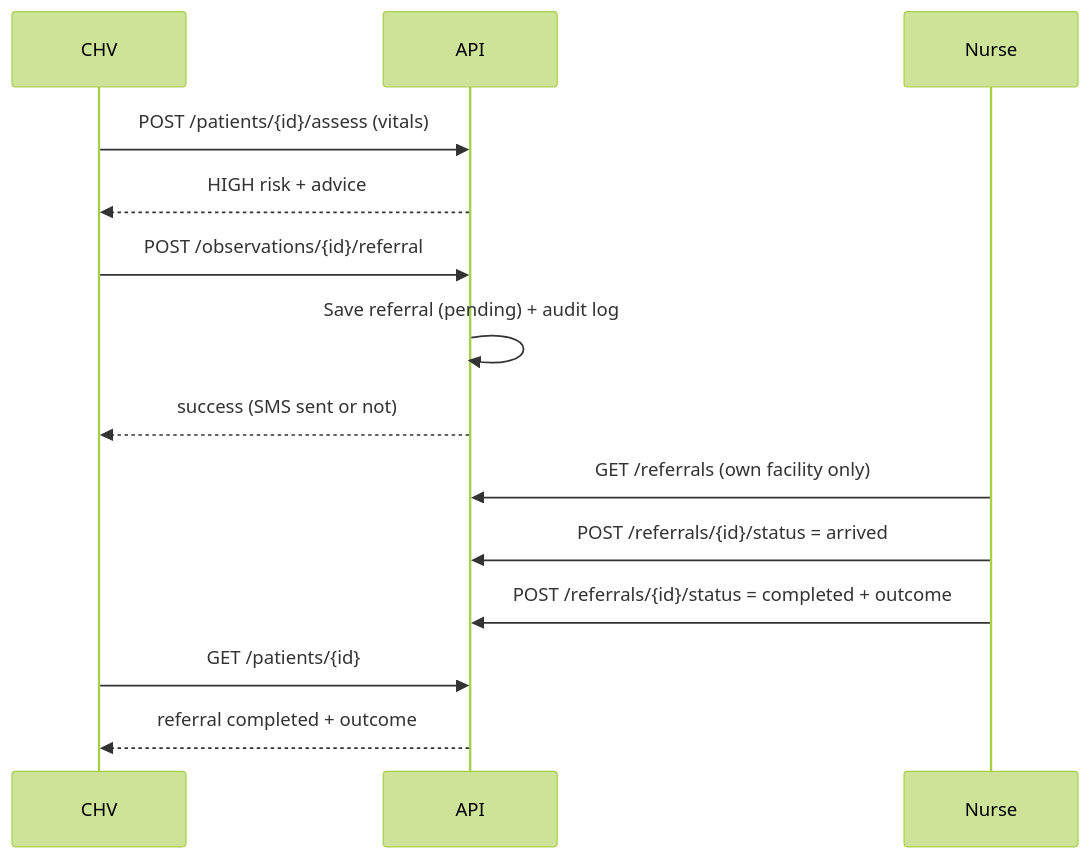
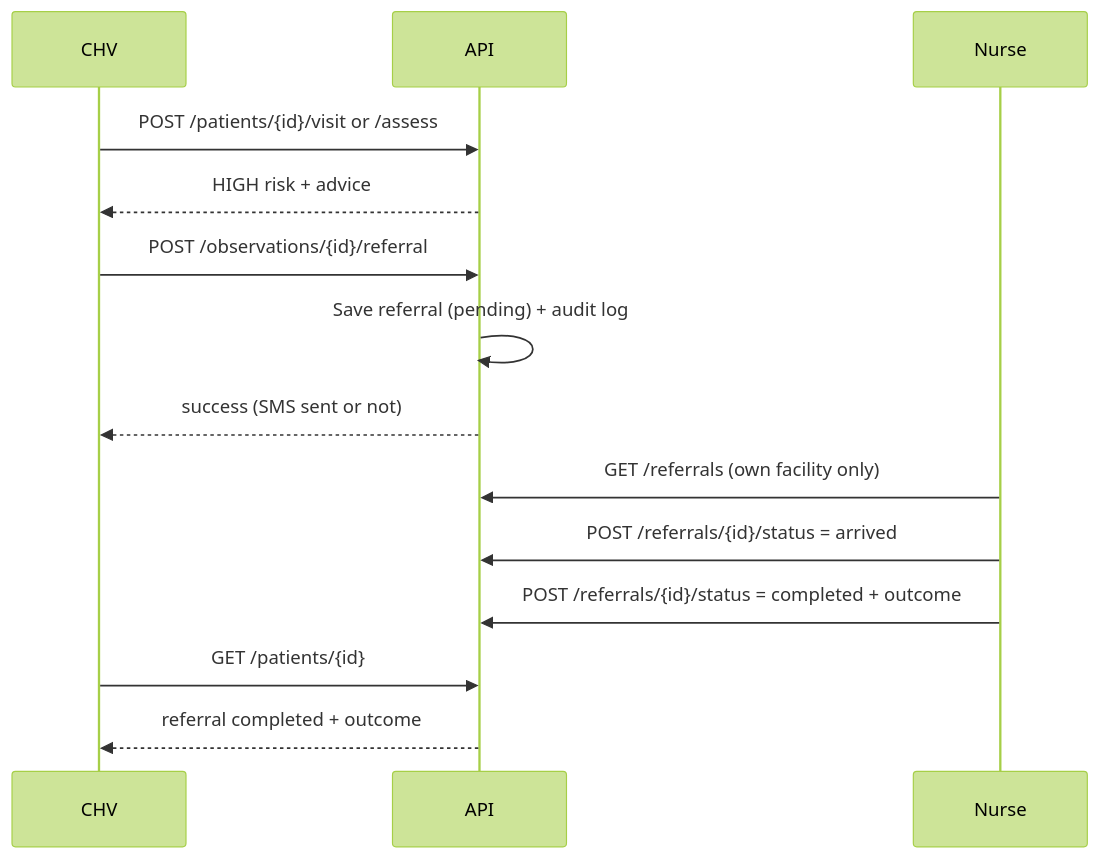
Before and after one commit to ASU-MICS-2028/cc-group-2-prosit-2: the second of 2 diagrams in README.md, drawn with Mermaid (forest theme). The commit also changed other lines of this file and 13 other files, not shown here.

````diff
--- a/README.md
+++ b/README.md
@@ -201,16 +226,16 @@
 ```mermaid
 sequenceDiagram
     participant C as CHV
     participant A as API
     participant N as Nurse
-    C->>A: POST /patients/{id}/assess (vitals)
+    C->>A: POST /patients/{id}/visit or /assess
     A-->>C: HIGH risk + advice
     C->>A: POST /observations/{id}/referral
     A->>A: Save referral (pending) + audit log
     A-->>C: success (SMS sent or not)
     N->>A: GET /referrals (own facility only)
     N->>A: POST /referrals/{id}/status = arrived
     N->>A: POST /referrals/{id}/status = completed + outcome
     C->>A: GET /patients/{id}
     A-->>C: referral completed + outcome
 ```
````
